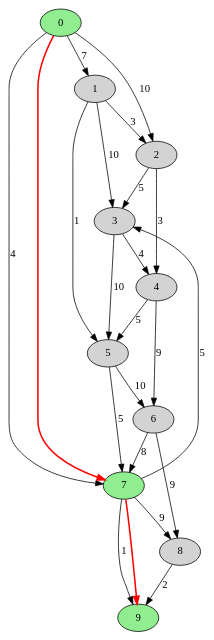
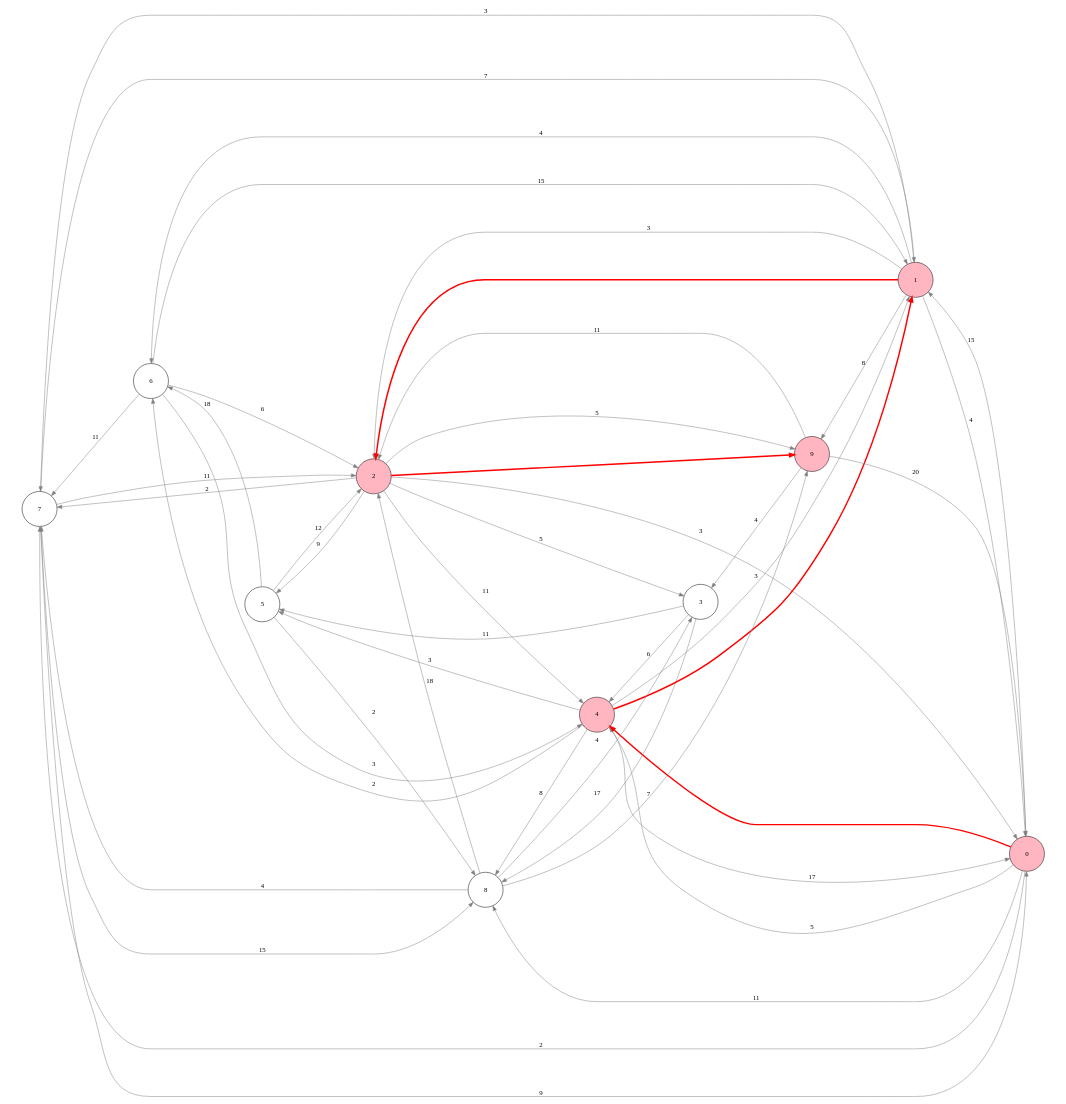
Before and after one commit to yigitbickici/GraphTheory: the diagram in src/ucs_graph.dot, drawn with Graphviz. The commit also changed 10 other files, not shown here.

```diff
--- a/src/ucs_graph.dot
+++ b/src/ucs_graph.dot
@@ -1,29 +1,56 @@
 digraph G {
-    node [style=filled];
-    0 -> 1 [label="7"];
-    0 -> 2 [label="10"];
-    1 -> 2 [label="3"];
-    1 -> 3 [label="10"];
-    2 -> 3 [label="5"];
-    2 -> 4 [label="3"];
-    3 -> 4 [label="4"];
-    3 -> 5 [label="10"];
-    4 -> 5 [label="5"];
-    4 -> 6 [label="9"];
-    5 -> 6 [label="10"];
-    5 -> 7 [label="5"];
-    6 -> 7 [label="8"];
-    6 -> 8 [label="9"];
-    7 -> 8 [label="9"];
-    7 -> 9 [label="1"];
-    8 -> 9 [label="2"];
-    1 -> 5 [label="1"];
-    0 -> 7 [label="4"];
-    7 -> 3 [label="5"];
-    // Highlight path nodes
-    0 [fillcolor=lightgreen];
-    7 [fillcolor=lightgreen];
-    9 [fillcolor=lightgreen];
-    0 -> 7 [color=red, penwidth=2.0];
-    7 -> 9 [color=red, penwidth=2.0];
+    rankdir=RL;
+    size="30,20";
+    ratio=fill;
+    node [shape=circle, fixedsize=true, width=1];
+    0 -> 1 [label="15", color=gray];
+    1 -> 2 [label="3", color=gray];
+    2 -> 3 [label="5", color=gray];
+    3 -> 4 [label="6", color=gray];
+    4 -> 5 [label="3", color=gray];
+    5 -> 6 [label="18", color=gray];
+    6 -> 7 [label="11", color=gray];
+    7 -> 8 [label="15", color=gray];
+    8 -> 9 [label="7", color=gray];
+    9 -> 0 [label="20", color=gray];
+    0 -> 7 [label="2", color=gray];
+    7 -> 0 [label="9", color=gray];
+    2 -> 4 [label="11", color=gray];
+    3 -> 5 [label="11", color=gray];
+    2 -> 5 [label="9", color=gray];
+    5 -> 2 [label="12", color=gray];
+    8 -> 2 [label="18", color=gray];
+    9 -> 2 [label="11", color=gray];
+    2 -> 9 [label="5", color=gray];
+    4 -> 8 [label="8", color=gray];
+    4 -> 1 [label="3", color=gray];
+    2 -> 7 [label="2", color=gray];
+    7 -> 2 [label="11", color=gray];
+    1 -> 7 [label="3", color=gray];
+    7 -> 1 [label="7", color=gray];
+    6 -> 1 [label="15", color=gray];
+    1 -> 6 [label="4", color=gray];
+    0 -> 4 [label="5", color=gray];
+    4 -> 0 [label="17", color=gray];
+    6 -> 2 [label="6", color=gray];
+    0 -> 8 [label="11", color=gray];
+    8 -> 3 [label="4", color=gray];
+    3 -> 8 [label="17", color=gray];
+    8 -> 7 [label="4", color=gray];
+    6 -> 4 [label="3", color=gray];
+    4 -> 6 [label="2", color=gray];
+    1 -> 9 [label="8", color=gray];
+    2 -> 0 [label="3", color=gray];
+    1 -> 0 [label="4", color=gray];
+    5 -> 8 [label="2", color=gray];
+    9 -> 3 [label="4", color=gray];
+    0 [style=filled, fillcolor=lightpink];
+    4 [style=filled, fillcolor=lightpink];
+    1 [style=filled, fillcolor=lightpink];
+    2 [style=filled, fillcolor=lightpink];
+    9 [style=filled, fillcolor=lightpink];
+    0 -> 4 [color=red, penwidth=3.0];
+    4 -> 1 [color=red, penwidth=3.0];
+    1 -> 2 [color=red, penwidth=3.0];
+    2 -> 9 [color=red, penwidth=3.0];
 }
```
